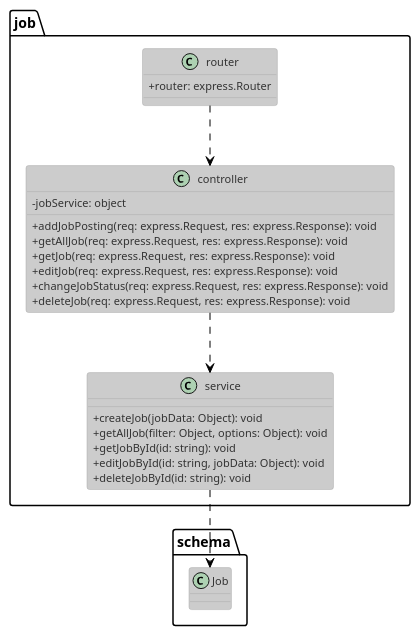
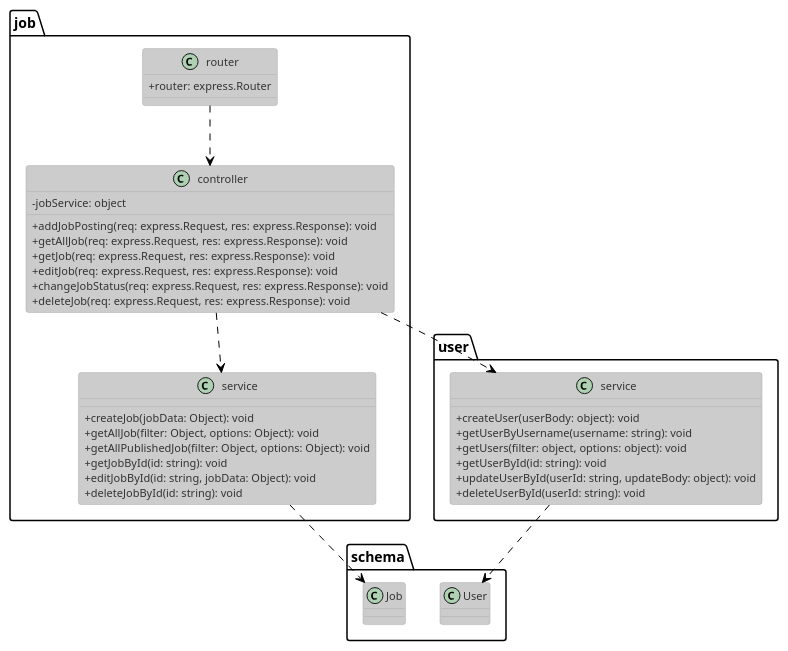
The diagram in plantuml/class/job.puml (tuannm99/RMS), drawn with PlantUML before and after one commit. The commit also changed 12 other files, not shown here.

Commit message:
add - class and sequence diagram

```diff
--- a/plantuml/class/job.puml
+++ b/plantuml/class/job.puml
@@ -1,35 +1,52 @@
 @startuml authClass
 !theme reddress-lightblue
 
 skinparam classAttributeIconSize 0
 class job.controller{
     - {field} jobService: object
 
     + {method} addJobPosting(req: express.Request, res: express.Response): void
     + {method} getAllJob(req: express.Request, res: express.Response): void
     + {method} getJob(req: express.Request, res: express.Response): void
     + {method} editJob(req: express.Request, res: express.Response): void
     + {method} changeJobStatus(req: express.Request, res: express.Response): void
     + {method} deleteJob(req: express.Request, res: express.Response): void
 }
 
 class job.service{
     + {method} createJob(jobData: Object): void
     + {method} getAllJob(filter: Object, options: Object): void
+    + {method} getAllPublishedJob(filter: Object, options: Object): void
     + {method} getJobById(id: string): void
     + {method} editJobById(id: string, jobData: Object): void
     + {method} deleteJobById(id: string): void
 }
 
 class job.router{
     + {field} router: express.Router
 }
 
+class user.service{
+  + {method} createUser(userBody: object): void
+  + {method} getUserByUsername(username: string): void
+  + {method} getUsers(filter: object, options: object): void
+  + {method} getUserById(id: string): void
+  + {method} updateUserById(userId: string, updateBody: object): void
+  + {method} deleteUserById(userId: string): void
+}
+
+
 class schema.Job {
+
+}
+
+class schema.User {
 
 }
 
 job.router ..> job.controller
 job.controller ..> job.service
+job.controller ..> user.service
 job.service ..> schema.Job
+user.service ..> schema.User
 @enduml
```
